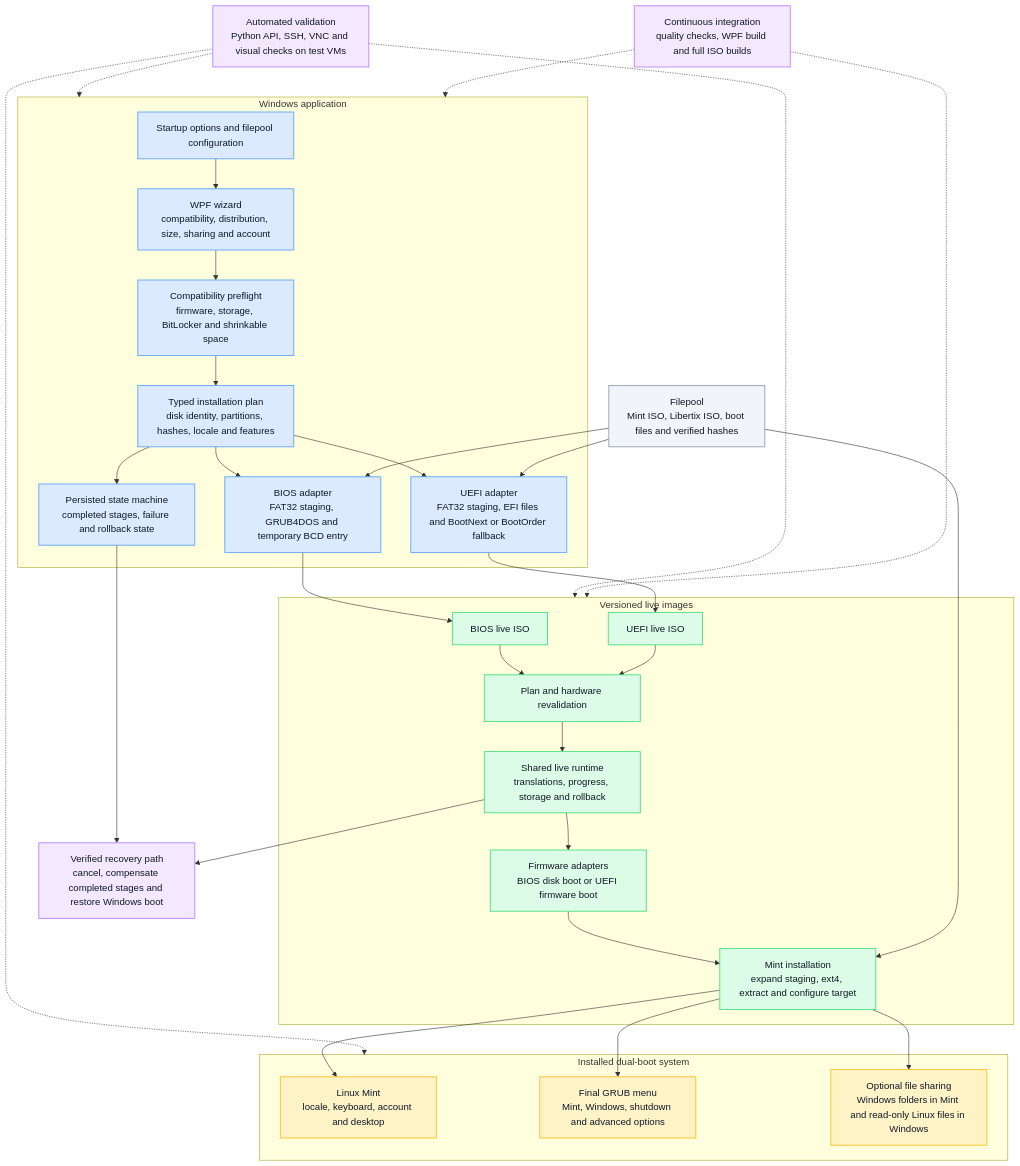
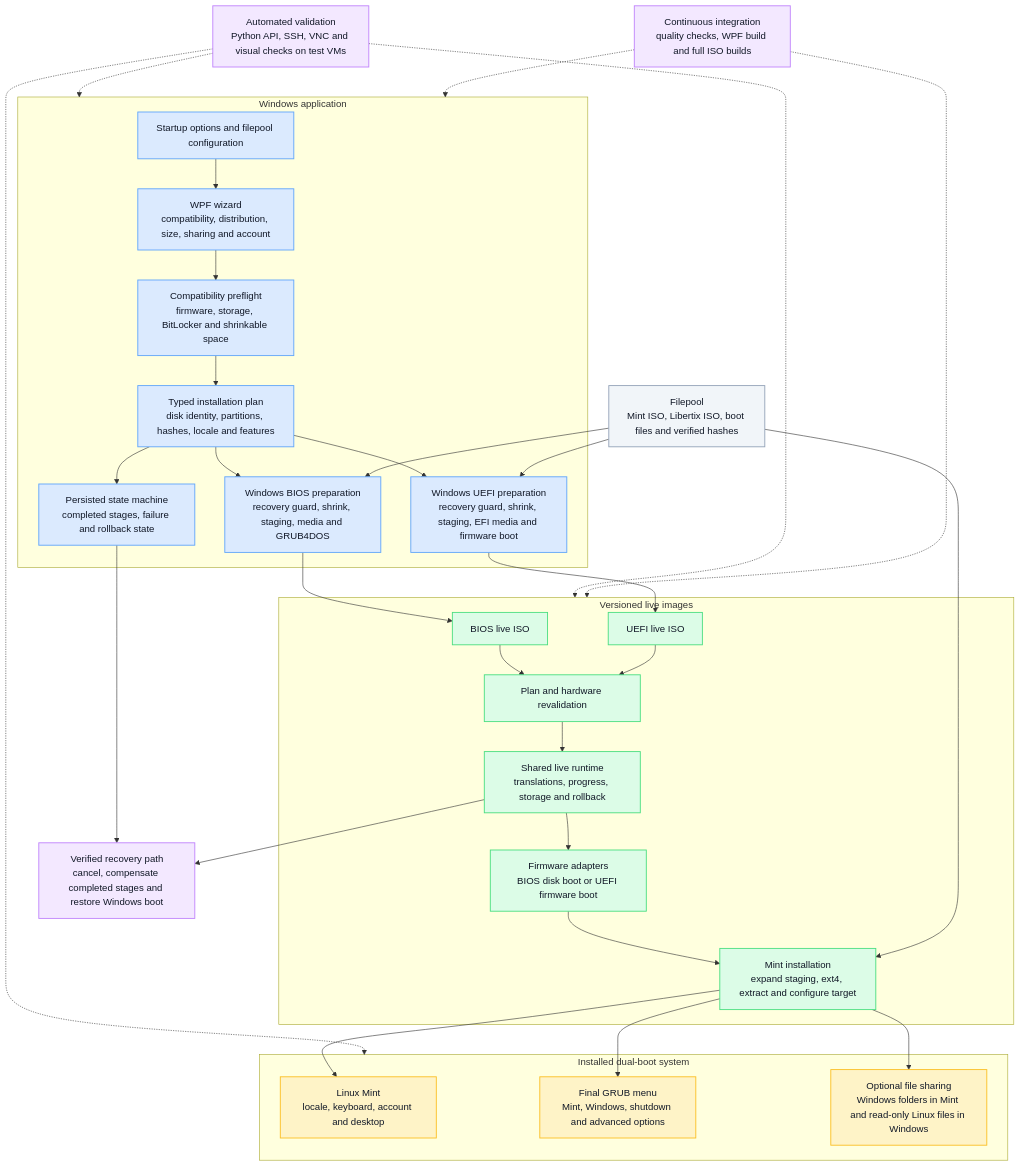
The diagram in README.md (ekimiateam/libertix), drawn with Mermaid before and after one commit. The commit also changed other lines of this file and 106 other files, not shown here.

````diff
--- a/README.md
+++ b/README.md
@@ -41,75 +18,75 @@
 ```mermaid
 flowchart TB
     subgraph Windows["Windows application"]
         Startup["Startup options and filepool configuration"]
         Wizard["WPF wizard<br/>compatibility, distribution, size, sharing and account"]
         Preflight["Compatibility preflight<br/>firmware, storage, BitLocker and shrinkable space"]
         Plan["Typed installation plan<br/>disk identity, partitions, hashes, locale and features"]
         State["Persisted state machine<br/>completed stages, failure and rollback state"]
-        BiosPrep["BIOS adapter<br/>FAT32 staging, GRUB4DOS and temporary BCD entry"]
-        UefiPrep["UEFI adapter<br/>FAT32 staging, EFI files and BootNext or BootOrder fallback"]
+        BiosPrep["Windows BIOS preparation<br/>recovery guard, shrink, staging, media and GRUB4DOS"]
+        UefiPrep["Windows UEFI preparation<br/>recovery guard, shrink, staging, EFI media and firmware boot"]
     end
 
     Filepool["Filepool<br/>Mint ISO, Libertix ISO, boot files and verified hashes"]
 
     subgraph Images["Versioned live images"]
         BiosImage["BIOS live ISO"]
         UefiImage["UEFI live ISO"]
         LivePlan["Plan and hardware revalidation"]
         SharedRuntime["Shared live runtime<br/>translations, progress, storage and rollback"]
         FirmwareAdapters["Firmware adapters<br/>BIOS disk boot or UEFI firmware boot"]
         Installer["Mint installation<br/>expand staging, ext4, extract and configure target"]
     end
 
     subgraph Installed["Installed dual-boot system"]
         Mint["Linux Mint<br/>locale, keyboard, account and desktop"]
         Grub["Final GRUB menu<br/>Mint, Windows, shutdown and advanced options"]
         Sharing["Optional file sharing<br/>Windows folders in Mint and read-only Linux files in Windows"]
     end
 
     Recovery["Verified recovery path<br/>cancel, compensate completed stages and restore Windows boot"]
     Tests["Automated validation<br/>Python API, SSH, VNC and visual checks on test VMs"]
     CI["Continuous integration<br/>quality checks, WPF build and full ISO builds"]
 
     Startup --> Wizard
     Wizard --> Preflight
     Preflight --> Plan
     Plan --> State
     Plan --> BiosPrep
     Plan --> UefiPrep
     Filepool --> BiosPrep
     Filepool --> UefiPrep
 
     BiosPrep --> BiosImage
     UefiPrep --> UefiImage
     BiosImage --> LivePlan
     UefiImage --> LivePlan
     LivePlan --> SharedRuntime
     SharedRuntime --> FirmwareAdapters
     FirmwareAdapters --> Installer
     Filepool --> Installer
 
     Installer --> Mint
     Installer --> Grub
     Installer --> Sharing
     State --> Recovery
     SharedRuntime --> Recovery
 
     Tests -.-> Windows
     Tests -.-> Images
     Tests -.-> Installed
     CI -.-> Windows
     CI -.-> Images
 
     classDef windows fill:#dbeafe,stroke:#60a5fa,color:#111827,stroke-width:1.5px
     classDef live fill:#dcfce7,stroke:#4ade80,color:#111827,stroke-width:1.5px
     classDef target fill:#fef3c7,stroke:#fbbf24,color:#111827,stroke-width:1.5px
     classDef support fill:#f3e8ff,stroke:#c084fc,color:#111827,stroke-width:1.5px
     classDef external fill:#f1f5f9,stroke:#94a3b8,color:#111827,stroke-width:1.5px
 
     class Startup,Wizard,Preflight,Plan,State,BiosPrep,UefiPrep windows
     class BiosImage,UefiImage,LivePlan,SharedRuntime,FirmwareAdapters,Installer live
     class Mint,Grub,Sharing target
     class Recovery,Tests,CI support
     class Filepool external
 ```
````
